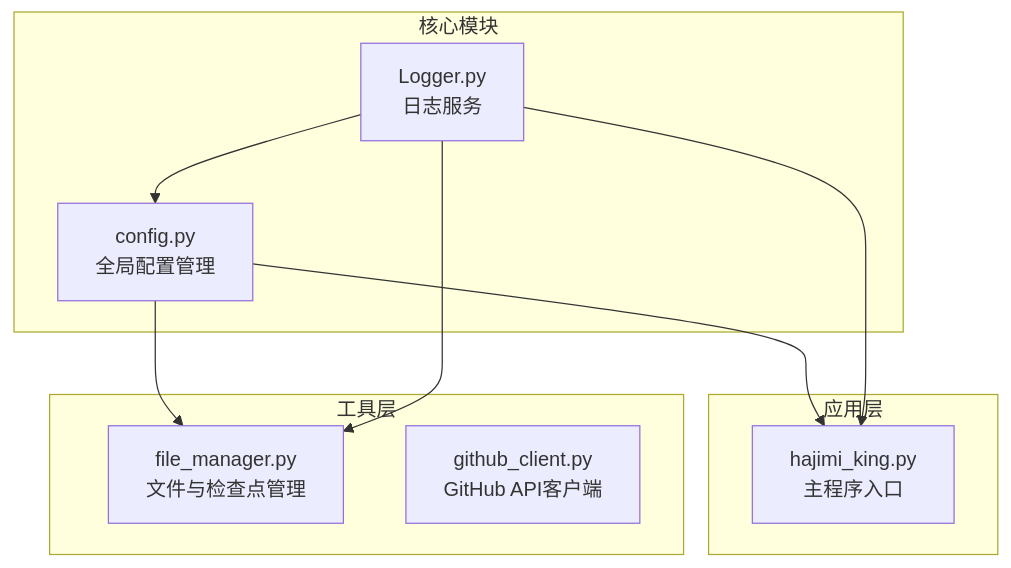
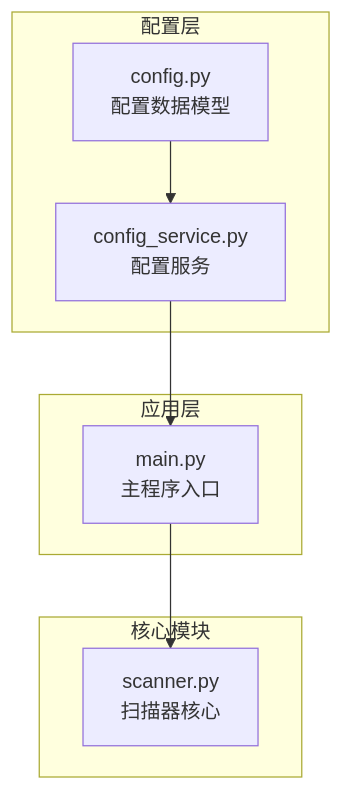
One commit to james-6-23/APIKEY-king changed the first of 6 diagrams in .qoder/repowiki/zh/content/开发者指南/代码架构与模块设计/配置管理模块.md. Above: the diagram before and after it, drawn with Mermaid. The commit also changed other lines of this file and 49 other files, not shown here.

````diff
--- a/.qoder/repowiki/zh/content/开发者指南/代码架构与模块设计/配置管理模块.md
+++ b/.qoder/repowiki/zh/content/开发者指南/代码架构与模块设计/配置管理模块.md
@@ -32,19 +35,16 @@
 ```mermaid
 graph TD
-subgraph "核心模块"
-Config[config.py<br>全局配置管理]
-Logger[Logger.py<br>日志服务]
+subgraph "配置层"
+ConfigModel[config.py<br>配置数据模型]
+ConfigService[config_service.py<br>配置服务]
 end
 subgraph "应用层"
-App[hajimi_king.py<br>主程序入口]
+Main[main.py<br>主程序入口]
 end
-subgraph "工具层"
-FileManager[file_manager.py<br>文件与检查点管理]
-GitHubClient[github_client.py<br>GitHub API客户端]
+subgraph "核心模块"
+Scanner[scanner.py<br>扫描器核心]
 end
-Config --> App
-Config --> FileManager
-Logger --> Config
-Logger --> App
-Logger --> FileManager
+ConfigService --> Main
+ConfigModel --> ConfigService
+Main --> Scanner
 ```
````
